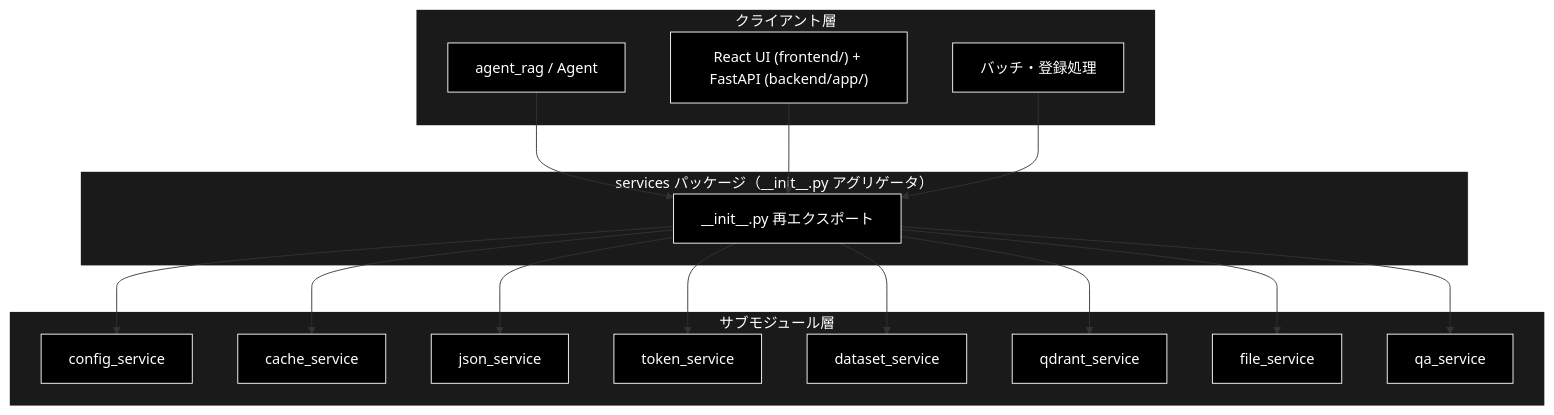
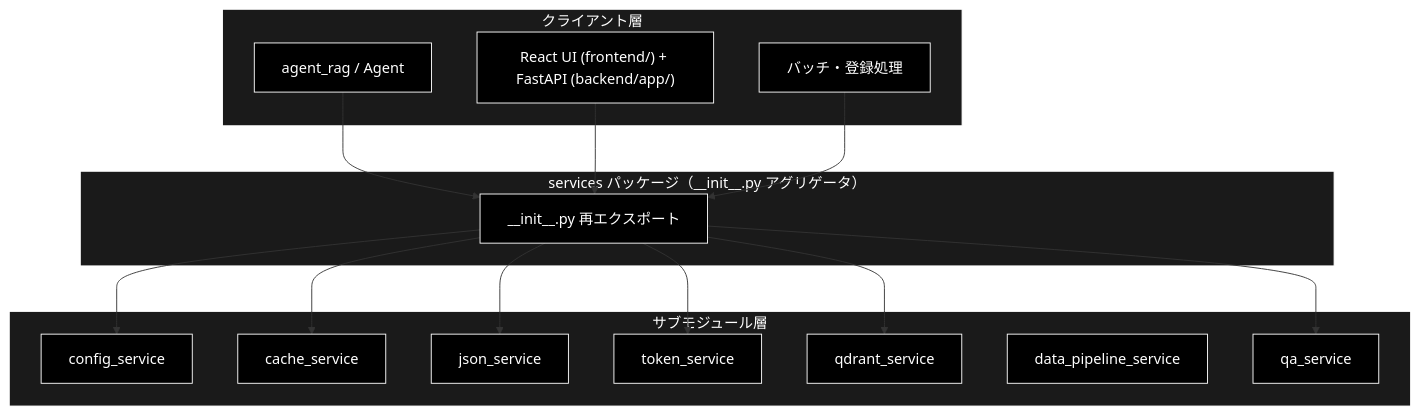
The first of 3 diagrams in services/docs/__init__.md (nakashima2toshio/grace_v2), drawn with Mermaid before and after one commit. The commit also changed other lines of this file and 10 other files, not shown here.

First line of the commit message:
chore: 死にコードと不要依存を削除（dataset_service / file_service / streamlit）

````diff
--- a/services/docs/__init__.md
+++ b/services/docs/__init__.md
@@ -66,41 +67,38 @@
 ```mermaid
 flowchart TB
     subgraph CLIENT["クライアント層"]
         AGENT["agent_rag / Agent"]
         UI["React UI (frontend/) + FastAPI (backend/app/)"]
         SCRIPT["バッチ・登録処理"]
     end
 
     subgraph PACKAGE["services パッケージ（__init__.py アグリゲータ）"]
         INIT["__init__.py 再エクスポート"]
     end
 
     subgraph SUBMODULE["サブモジュール層"]
         CONFIG["config_service"]
         CACHE["cache_service"]
         JSONS["json_service"]
         TOKEN["token_service"]
-        DATASET["dataset_service"]
         QDRANTS["qdrant_service"]
-        FILES["file_service"]
+        DPS["data_pipeline_service"]
         QAS["qa_service"]
     end
 
     AGENT --> INIT
     UI --> INIT
     SCRIPT --> INIT
     INIT --> CONFIG
     INIT --> CACHE
     INIT --> JSONS
     INIT --> TOKEN
-    INIT --> DATASET
     INIT --> QDRANTS
-    INIT --> FILES
     INIT --> QAS
 classDef default fill:#000,stroke:#fff,color:#fff
 classDef subgraphStyle fill:#1a1a1a,stroke:#fff,color:#fff
-class AGENT,UI,SCRIPT,INIT,CONFIG,CACHE,JSONS,TOKEN,DATASET,QDRANTS,FILES,QAS default
+class AGENT,UI,SCRIPT,INIT,CONFIG,CACHE,JSONS,TOKEN,QDRANTS,QAS default
 style CLIENT fill:#1a1a1a,stroke:#fff,color:#fff
 style PACKAGE fill:#1a1a1a,stroke:#fff,color:#fff
 style SUBMODULE fill:#1a1a1a,stroke:#fff,color:#fff
 ```
````
